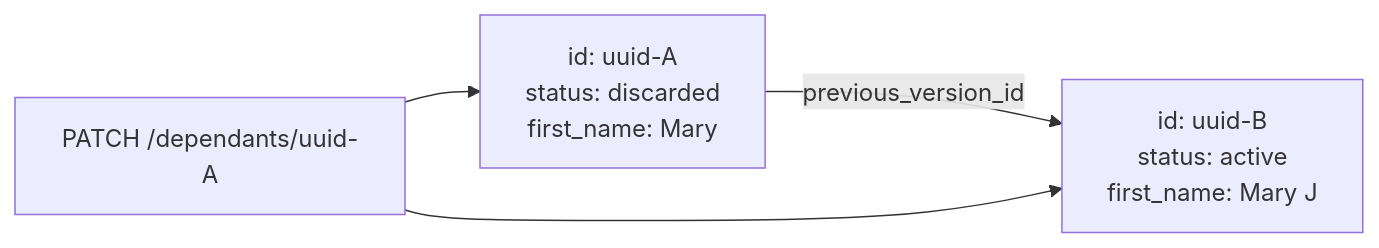
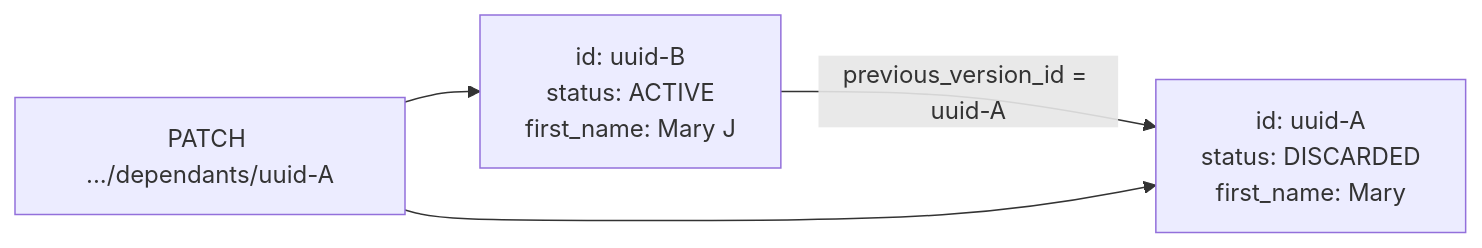
One commit to anu19981/aarokya-backend changed the diagram in api-reference/modules/dependant.mdx. Above: the diagram before and after it, drawn with Mermaid. The commit also changed other lines of this file and 82 other files, not shown here.

````diff
--- a/api-reference/modules/dependant.mdx
+++ b/api-reference/modules/dependant.mdx
@@ -18,6 +18,8 @@
 ```mermaid
 flowchart LR
-    A[id: uuid-A\nstatus: discarded\nfirst_name: Mary] -->|previous_version_id| B[id: uuid-B\nstatus: active\nfirst_name: Mary J]
-    PATCH[PATCH /dependants/uuid-A] --> A
+    A[id: uuid-A<br/>status: DISCARDED<br/>first_name: Mary]
+    B[id: uuid-B<br/>status: ACTIVE<br/>first_name: Mary J]
+    B -->|previous_version_id = uuid-A| A
+    PATCH[PATCH .../dependants/uuid-A] --> A
     PATCH --> B
 ```
````
